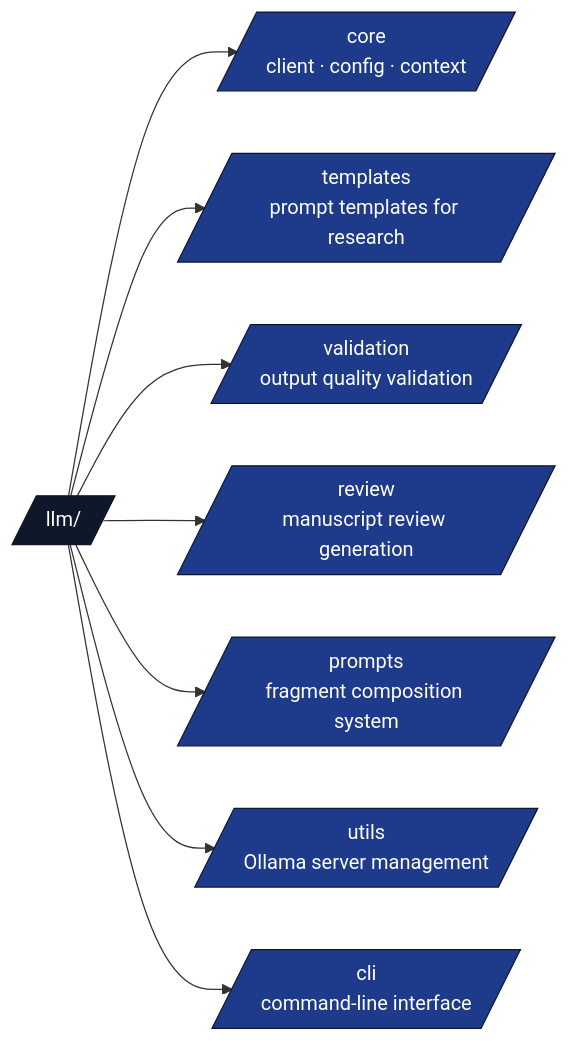
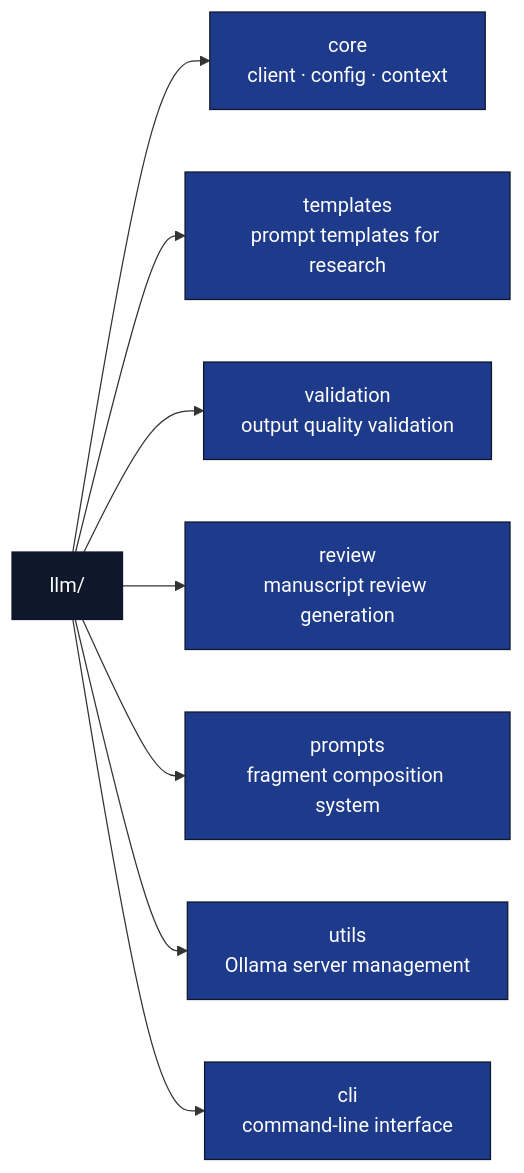
Before and after one commit to docxology/template: the diagram in infrastructure/llm/SKILL.md, drawn with Mermaid. The commit also changed 94 other files, not shown here.

````diff
--- a/infrastructure/llm/SKILL.md
+++ b/infrastructure/llm/SKILL.md
@@ -12,16 +12,16 @@
 ```mermaid
 flowchart LR
-    LLM[/llm//]
-    LLM --> CORE[/core<br/>client · config · context/]
-    LLM --> TPL[/templates<br/>prompt templates for research/]
-    LLM --> VAL[/validation<br/>output quality validation/]
-    LLM --> RV[/review<br/>manuscript review generation/]
-    LLM --> PR[/prompts<br/>fragment composition system/]
-    LLM --> UT[/utils<br/>Ollama server management/]
-    LLM --> CLI[/cli<br/>command-line interface/]
+    LLM[llm/]
+    LLM --> CORE[core<br/>client · config · context]
+    LLM --> TPL[templates<br/>prompt templates for research]
+    LLM --> VAL[validation<br/>output quality validation]
+    LLM --> RV[review<br/>manuscript review generation]
+    LLM --> PR[prompts<br/>fragment composition system]
+    LLM --> UT[utils<br/>Ollama server management]
+    LLM --> CLI[cli<br/>command-line interface]
 
     classDef d fill:#0f172a,stroke:#0f172a,color:#fff
     classDef pkg fill:#1e3a8a,stroke:#0f172a,color:#fff
     class LLM d
     class CORE,TPL,VAL,RV,PR,UT,CLI pkg
 ```
````
